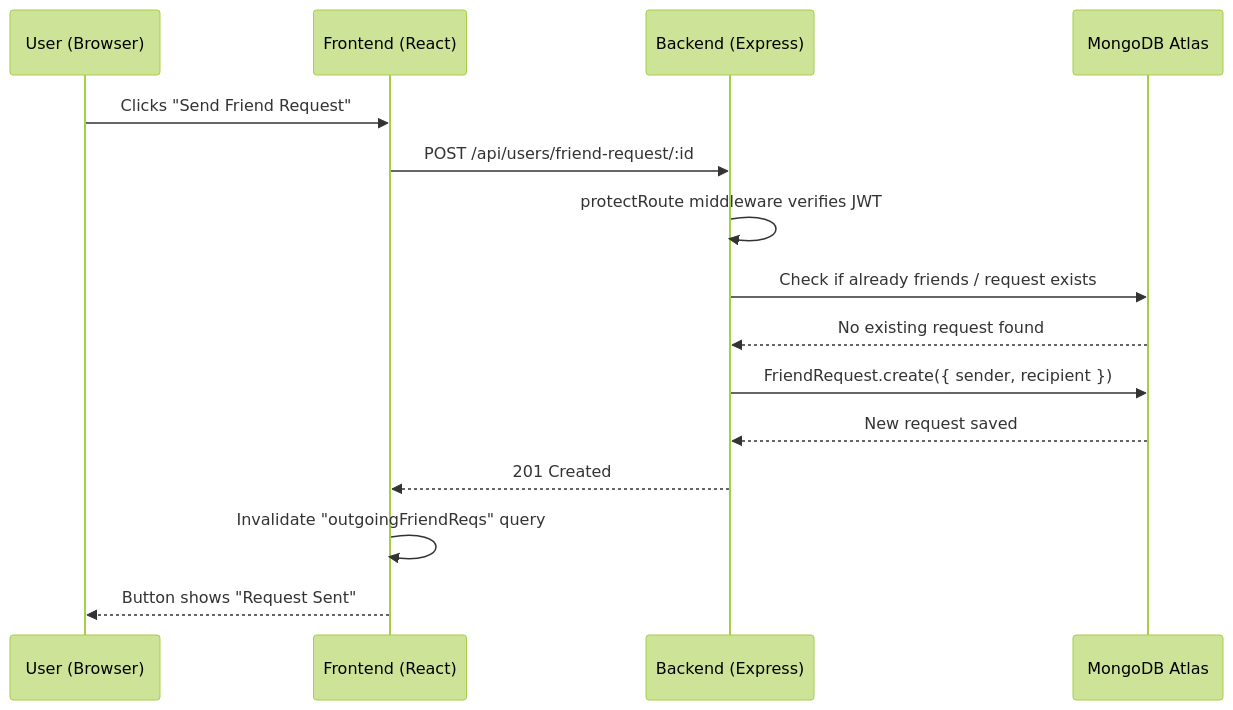
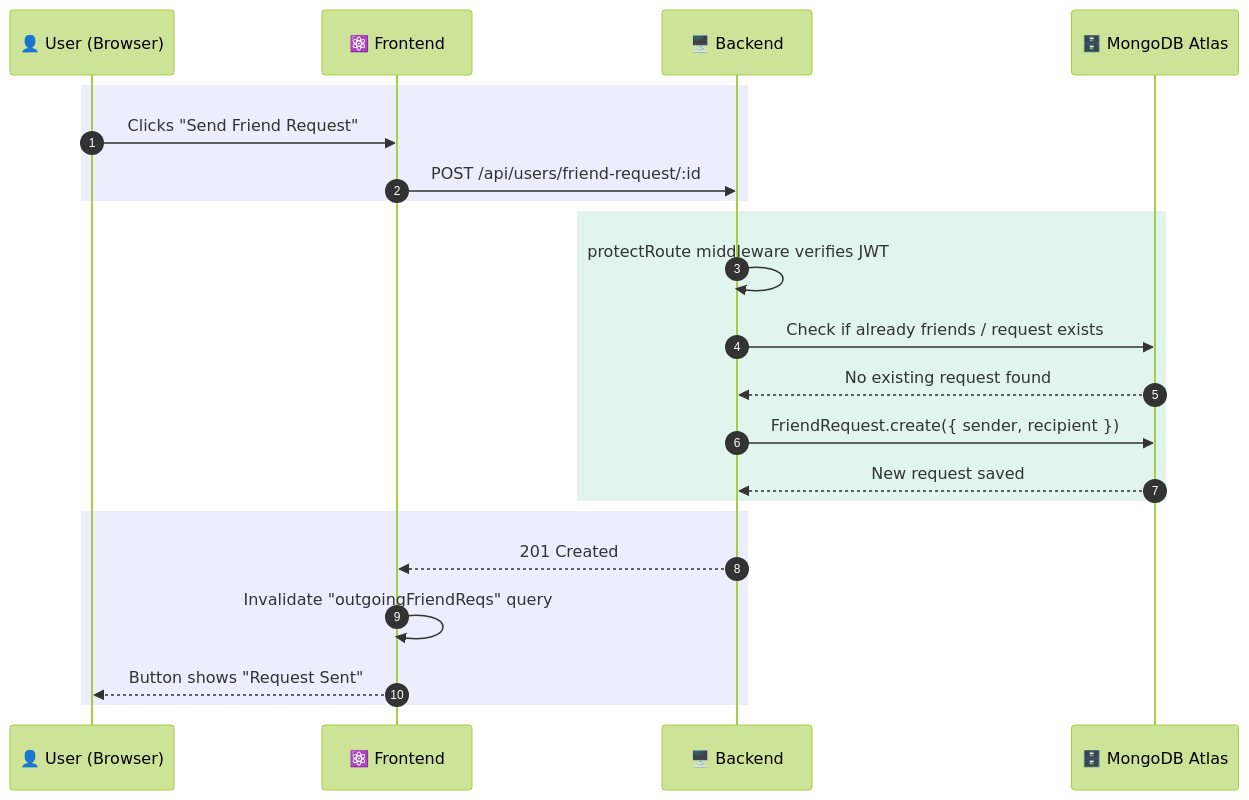
Before and after one commit to aasthabajpai010/BhashaShikho: the third of 4 diagrams in ARCHITECTURE.md, drawn with Mermaid (forest theme). The commit also changed other lines of this file, not shown here.

Commit message:
Add colors to architecture and sequence diagrams

````diff
--- a/ARCHITECTURE.md
+++ b/ARCHITECTURE.md
@@ -76,18 +101,25 @@
 ```mermaid
 sequenceDiagram
-    participant U as User (Browser)
-    participant F as Frontend (React)
-    participant B as Backend (Express)
-    participant M as MongoDB Atlas
+    autonumber
+    participant U as 👤 User (Browser)
+    participant F as ⚛️ Frontend
+    participant B as 🖥️ Backend
+    participant M as 🗄️ MongoDB Atlas
 
+    rect rgb(238, 237, 254)
     U->>F: Clicks "Send Friend Request"
     F->>B: POST /api/users/friend-request/:id
+    end
+    rect rgb(225, 245, 238)
     B->>B: protectRoute middleware verifies JWT
     B->>M: Check if already friends / request exists
     M-->>B: No existing request found
     B->>M: FriendRequest.create({ sender, recipient })
     M-->>B: New request saved
+    end
+    rect rgb(238, 237, 254)
     B-->>F: 201 Created
     F->>F: Invalidate "outgoingFriendReqs" query
     F-->>U: Button shows "Request Sent"
+    end
 ```
````
